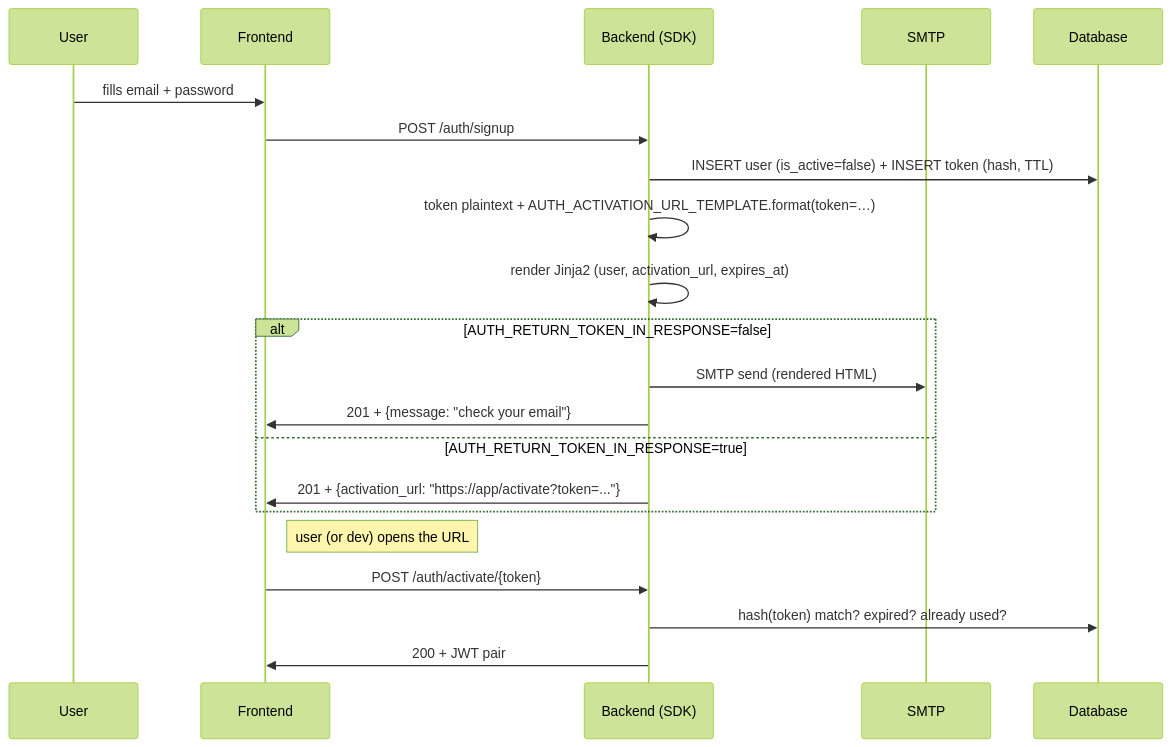
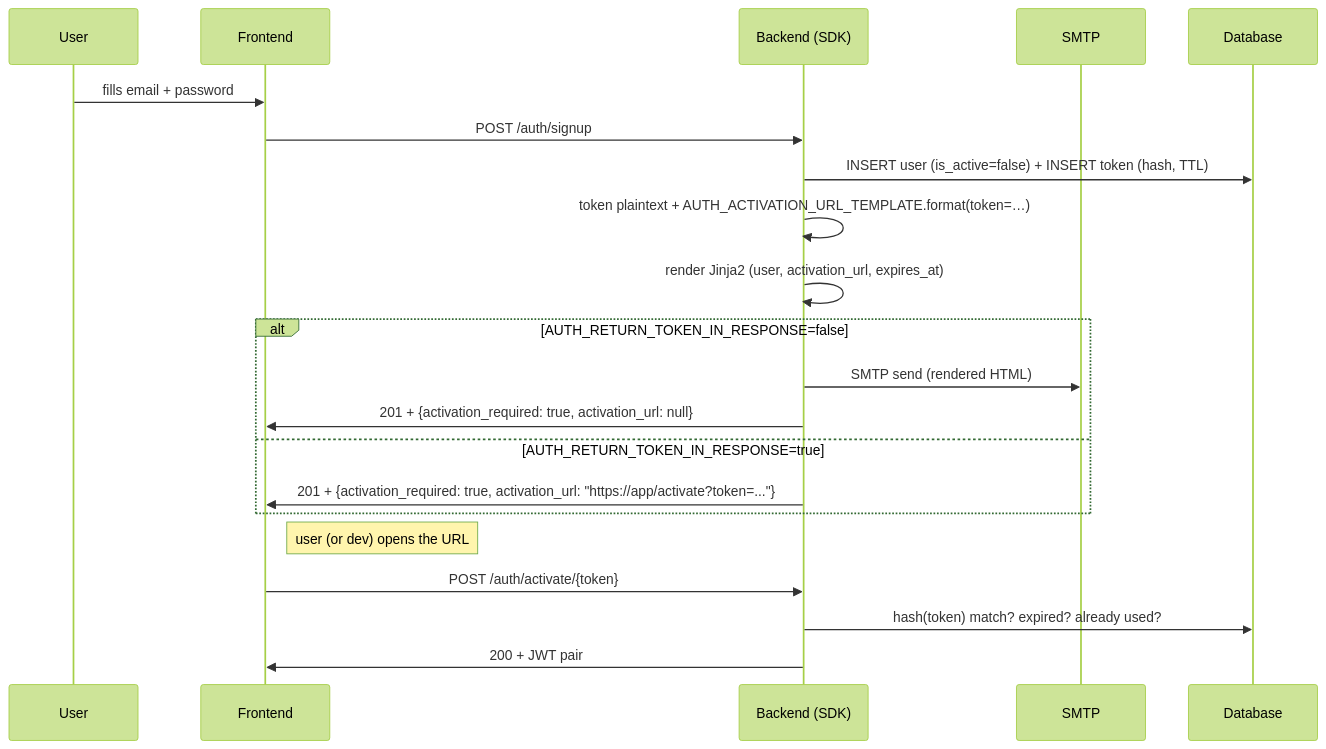
One commit to mauriciobenjamin700/tempest-fastapi-sdk changed the first of 2 diagrams in docs/recipes/auth-flow.en.md. Above: the diagram before and after it, drawn with Mermaid (forest theme). The commit also changed other lines of this file and 24 other files, not shown here.

````diff
--- a/docs/recipes/auth-flow.en.md
+++ b/docs/recipes/auth-flow.en.md
@@ -1342,24 +1349,24 @@
 ```mermaid
 sequenceDiagram
     participant U as User
     participant F as Frontend
     participant API as Backend (SDK)
     participant E as SMTP
     participant DB as Database
 
     U->>F: fills email + password
     F->>API: POST /auth/signup
     API->>DB: INSERT user (is_active=false) + INSERT token (hash, TTL)
     API->>API: token plaintext + AUTH_ACTIVATION_URL_TEMPLATE.format(token=…)
     API->>API: render Jinja2 (user, activation_url, expires_at)
     alt AUTH_RETURN_TOKEN_IN_RESPONSE=false
         API->>E: SMTP send (rendered HTML)
-        API->>F: 201 + {message: "check your email"}
+        API->>F: 201 + {activation_required: true, activation_url: null}
     else AUTH_RETURN_TOKEN_IN_RESPONSE=true
-        API->>F: 201 + {activation_url: "https://app/activate?token=..."}
+        API->>F: 201 + {activation_required: true, activation_url: "https://app/activate?token=..."}
     end
     Note right of F: user (or dev) opens the URL
     F->>API: POST /auth/activate/{token}
     API->>DB: hash(token) match? expired? already used?
     API->>F: 200 + JWT pair
 ```
````
